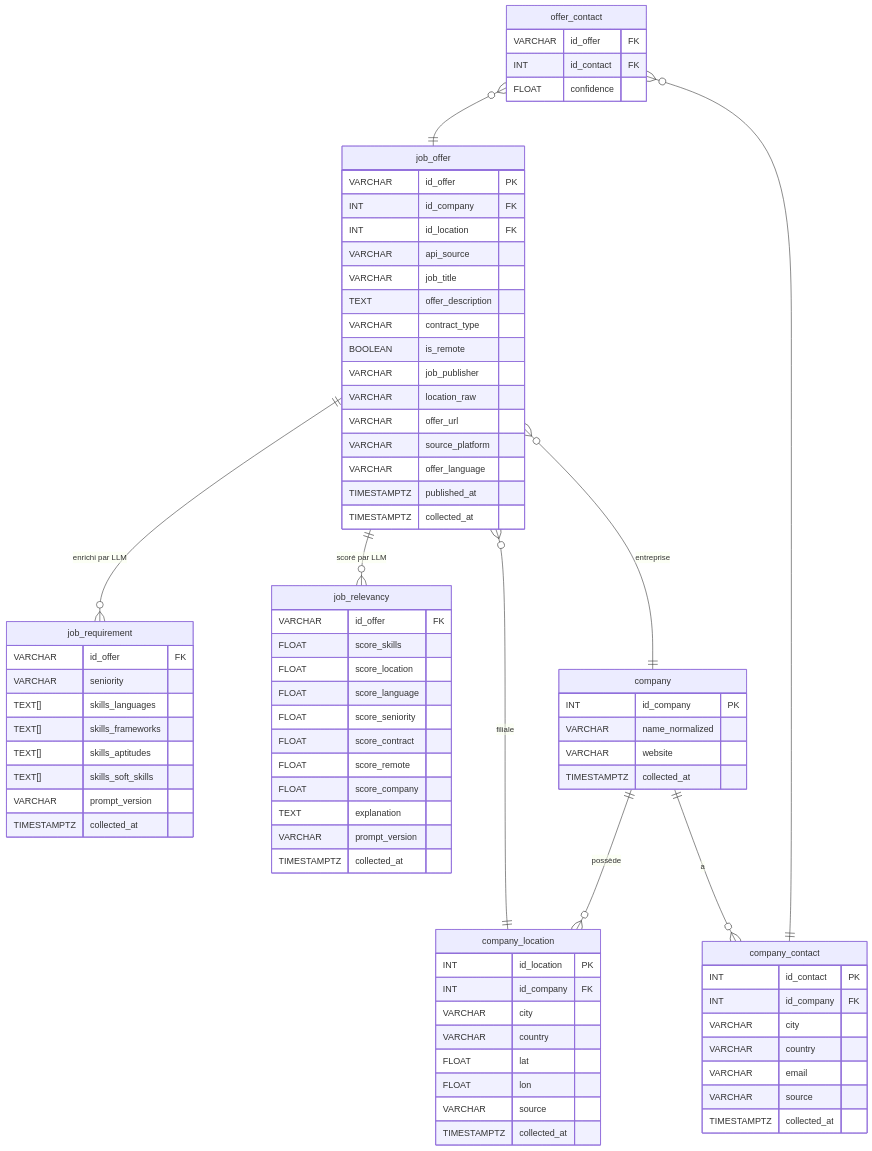
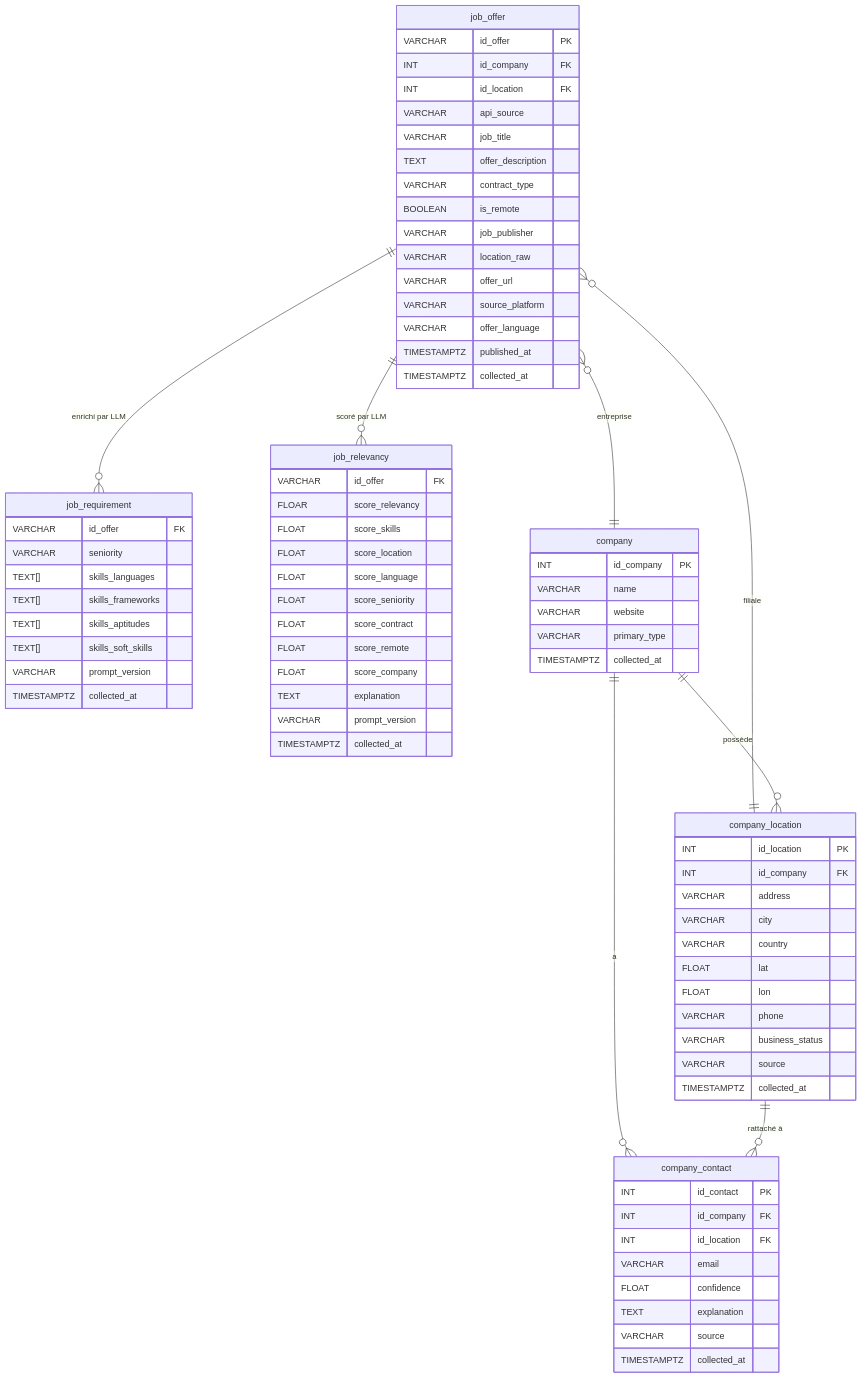
The diagram in SilverTables.md (BigDataCorrompu/InternshipLatam), drawn with Mermaid before and after one commit. The commit also changed 11 other files, not shown here.

````diff
--- a/SilverTables.md
+++ b/SilverTables.md
@@ -2,82 +2,82 @@
 ```Mermaid
 erDiagram
   job_offer {
     VARCHAR id_offer PK
     INT id_company FK
     INT id_location FK
     VARCHAR api_source
     VARCHAR job_title
     TEXT offer_description
     VARCHAR contract_type
     BOOLEAN is_remote
     VARCHAR job_publisher
     VARCHAR location_raw
     VARCHAR offer_url
     VARCHAR source_platform
     VARCHAR offer_language
     TIMESTAMPTZ published_at
     TIMESTAMPTZ collected_at
   }
   job_requirement {
     VARCHAR id_offer FK
     VARCHAR seniority
     TEXT[] skills_languages
     TEXT[] skills_frameworks
     TEXT[] skills_aptitudes
     TEXT[] skills_soft_skills
     VARCHAR prompt_version
     TIMESTAMPTZ collected_at
   }
   job_relevancy {
     VARCHAR id_offer FK
+    FLOAR score_relevancy
     FLOAT score_skills
     FLOAT score_location
     FLOAT score_language
     FLOAT score_seniority
     FLOAT score_contract
     FLOAT score_remote
     FLOAT score_company
     TEXT explanation
     VARCHAR prompt_version
     TIMESTAMPTZ collected_at
   }
   company {
     INT id_company PK
-    VARCHAR name_normalized
+    VARCHAR name
     VARCHAR website
+    VARCHAR primary_type
     TIMESTAMPTZ collected_at
   }
   company_location {
     INT id_location PK
     INT id_company FK
+    VARCHAR address
     VARCHAR city
     VARCHAR country
     FLOAT lat
     FLOAT lon
+    VARCHAR phone
+    VARCHAR business_status
     VARCHAR source
     TIMESTAMPTZ collected_at
   }
   company_contact {
     INT id_contact PK
     INT id_company FK
-    VARCHAR city
-    VARCHAR country
+    INT id_location FK
     VARCHAR email
+    FLOAT confidence
+    TEXT explanation
     VARCHAR source
     TIMESTAMPTZ collected_at
-  }
-  offer_contact {
-    VARCHAR id_offer FK
-    INT id_contact FK
-    FLOAT confidence
   }
 
   job_offer }o--|| company : "entreprise"
   job_offer }o--|| company_location : "filiale"
   job_offer ||--o{ job_requirement : "enrichi par LLM"
   job_offer ||--o{ job_relevancy : "scoré par LLM"
   company ||--o{ company_location : "possède"
   company ||--o{ company_contact : "a"
-  offer_contact }o--|| job_offer : ""
-  offer_contact }o--|| company_contact : ""
+  company_location ||--o{ company_contact : "rattaché à"
 ```
````
